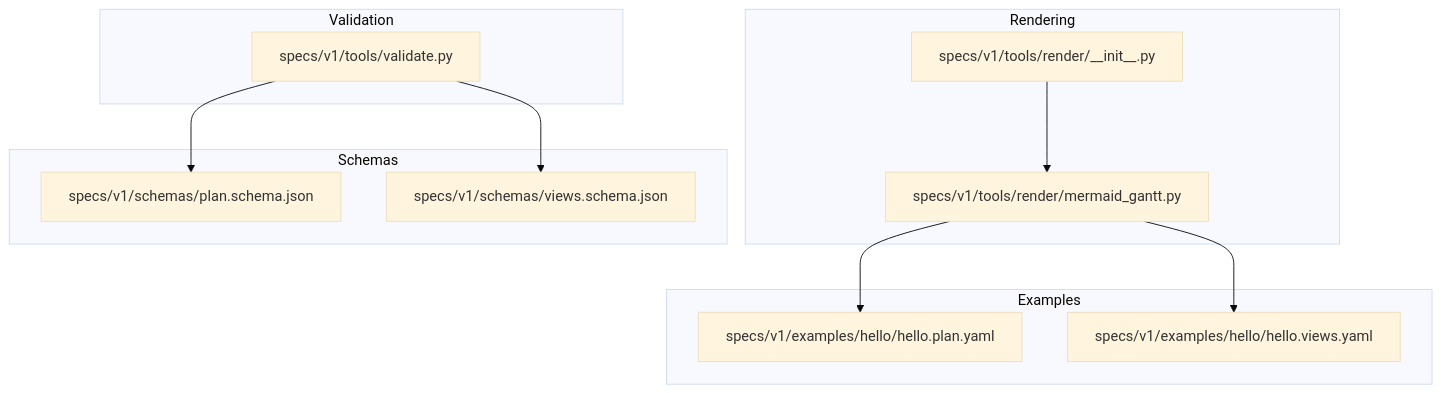
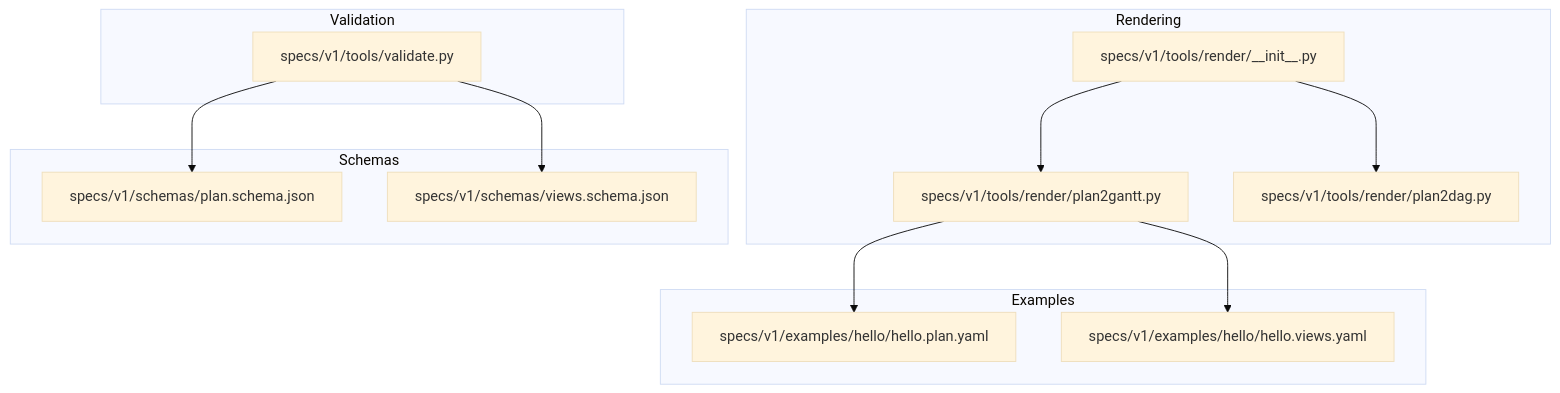
The first of 6 diagrams in .qoder/repowiki/en/content/Tooling and Utilities/Python API Reference.md (asukhodko/opskarta), drawn with Mermaid (base theme) before and after one commit. The commit also changed other lines of this file and 6 other files, not shown here.

First line of the commit message:
feat(renderer): replace mermaid_gantt with plan2gantt and plan2dag modules

````diff
--- a/.qoder/repowiki/en/content/Tooling and Utilities/Python API Reference.md
+++ b/.qoder/repowiki/en/content/Tooling and Utilities/Python API Reference.md
@@ -43,23 +53,25 @@
 ```mermaid
 graph TB
 subgraph "Validation"
 V["specs/v1/tools/validate.py"]
 end
 subgraph "Rendering"
 RInit["specs/v1/tools/render/__init__.py"]
-RMG["specs/v1/tools/render/mermaid_gantt.py"]
+PG["specs/v1/tools/render/plan2gantt.py"]
+PD["specs/v1/tools/render/plan2dag.py"]
 end
 subgraph "Schemas"
 PSchema["specs/v1/schemas/plan.schema.json"]
 VSchema["specs/v1/schemas/views.schema.json"]
 end
 subgraph "Examples"
 PlanEx["specs/v1/examples/hello/hello.plan.yaml"]
 ViewsEx["specs/v1/examples/hello/hello.views.yaml"]
 end
 V --> PSchema
 V --> VSchema
-RMG --> PlanEx
-RMG --> ViewsEx
-RInit --> RMG
+PG --> PlanEx
+PG --> ViewsEx
+RInit --> PG
+RInit --> PD
 ```
````
